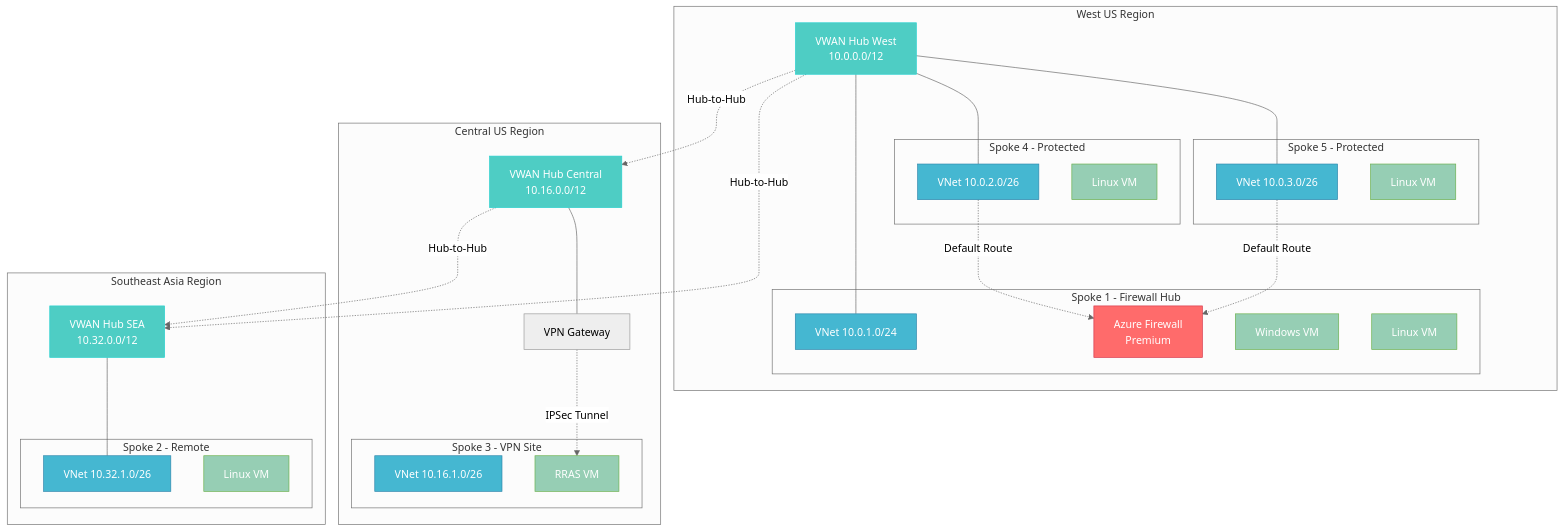
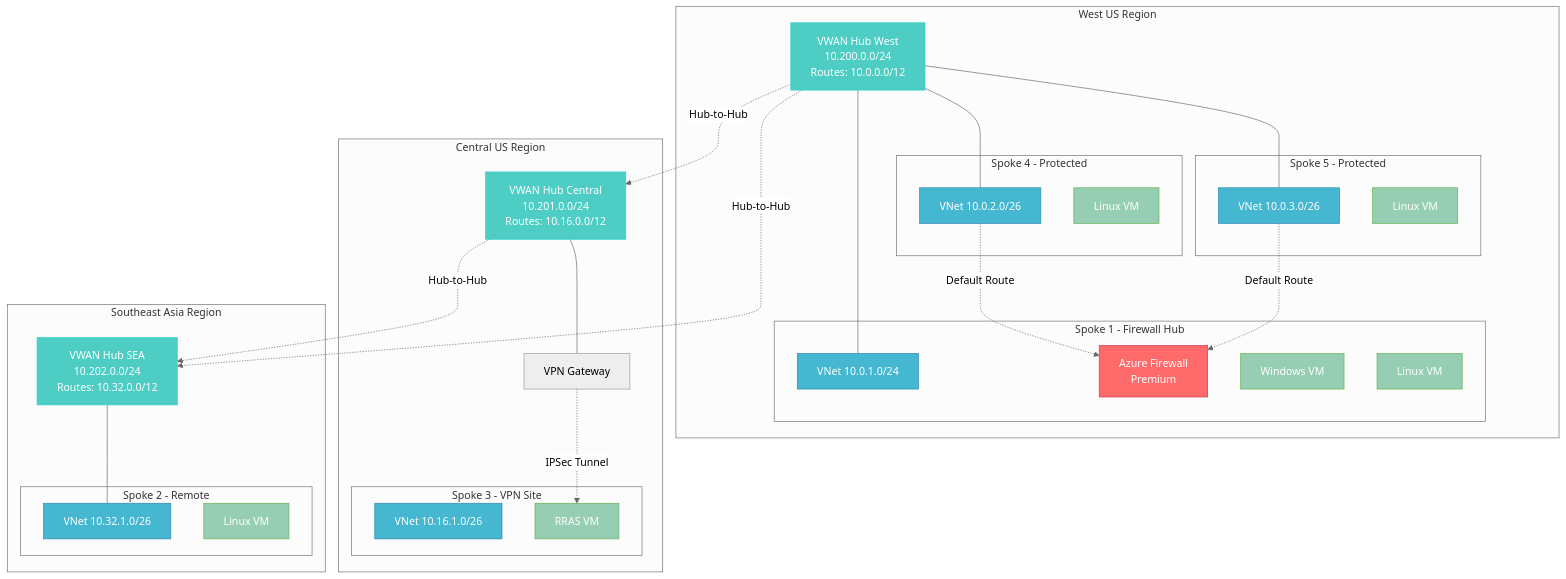
One commit to blueflightx7/Azure-virtualWAN-Lab changed the first of 2 diagrams in README.md. Above: the diagram before and after it, drawn with Mermaid (neutral theme). The commit also changed other lines of this file and 12 other files, not shown here.

````diff
--- a/README.md
+++ b/README.md
@@ -32,69 +32,69 @@
 ```mermaid
 graph TB
     subgraph "West US Region"
-        WHub["VWAN Hub West<br/>10.0.0.0/12"]
+        WHub["VWAN Hub West<br/>10.200.0.0/24<br/>Routes: 10.0.0.0/12"]
         
         subgraph "Spoke 1 - Firewall Hub"
             S1["VNet 10.0.1.0/24"]
             FW["Azure Firewall<br/>Premium"]
             WinVM["Windows VM"]
             LinVM1["Linux VM"]
         end
         
         subgraph "Spoke 4 - Protected"
             S4["VNet 10.0.2.0/26"]
             LinVM4["Linux VM"]
         end
         
         subgraph "Spoke 5 - Protected"
             S5["VNet 10.0.3.0/26"]
             LinVM5["Linux VM"]
         end
     end
     
     subgraph "Central US Region"
-        CHub["VWAN Hub Central<br/>10.16.0.0/12"]
+        CHub["VWAN Hub Central<br/>10.201.0.0/24<br/>Routes: 10.16.0.0/12"]
         VPN["VPN Gateway"]
         
         subgraph "Spoke 3 - VPN Site"
             S3["VNet 10.16.1.0/26"]
             RRAS["RRAS VM"]
         end
     end
     
     subgraph "Southeast Asia Region"
-        SHub["VWAN Hub SEA<br/>10.32.0.0/12"]
+        SHub["VWAN Hub SEA<br/>10.202.0.0/24<br/>Routes: 10.32.0.0/12"]
         
         subgraph "Spoke 2 - Remote"
             S2["VNet 10.32.1.0/26"]
             LinVM2["Linux VM"]
         end
     end
     
     %% VWAN Connections
     WHub -.->|Hub-to-Hub| CHub
     CHub -.->|Hub-to-Hub| SHub
     WHub -.->|Hub-to-Hub| SHub
     
     %% Spoke Connections
     WHub --- S1
     WHub --- S4
     WHub --- S5
     CHub --- VPN
     VPN -.->|IPSec Tunnel| RRAS
     SHub --- S2
     
     %% Traffic Flow
     S4 -.->|Default Route| FW
     S5 -.->|Default Route| FW
     
     classDef firewall fill:#ff6b6b,stroke:#d63447,color:#fff
     classDef hub fill:#4ecdc4,stroke:#26d0ce,color:#fff
     classDef spoke fill:#45b7d1,stroke:#2e86ab,color:#fff
     classDef vm fill:#96ceb4,stroke:#6ab04c,color:#fff
     
     class FW firewall
     class WHub,CHub,SHub hub
     class S1,S2,S3,S4,S5 spoke
     class WinVM,LinVM1,LinVM2,LinVM4,LinVM5,RRAS vm
 ```
````
